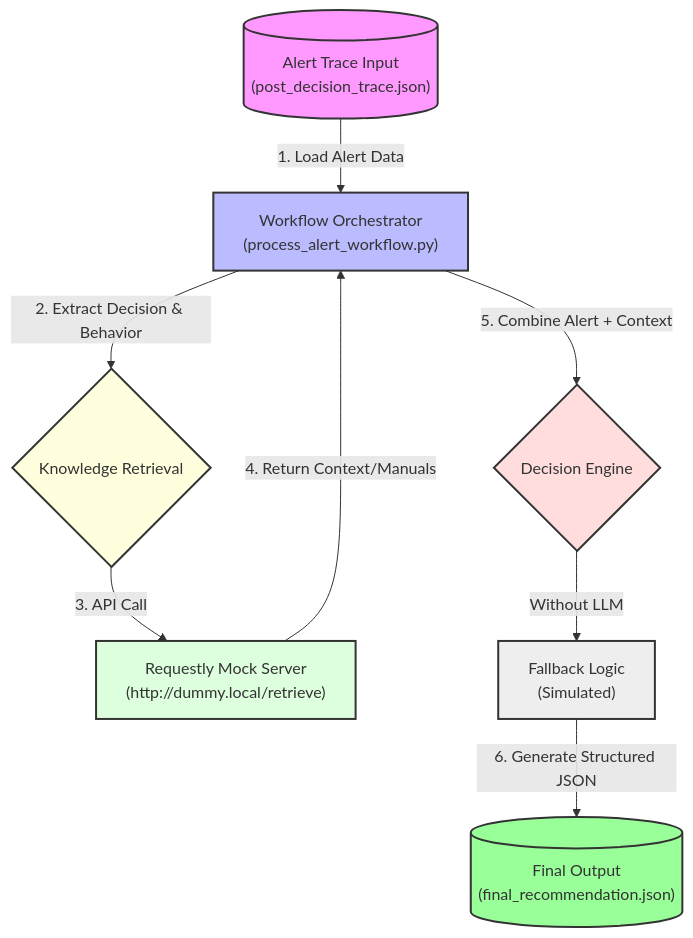
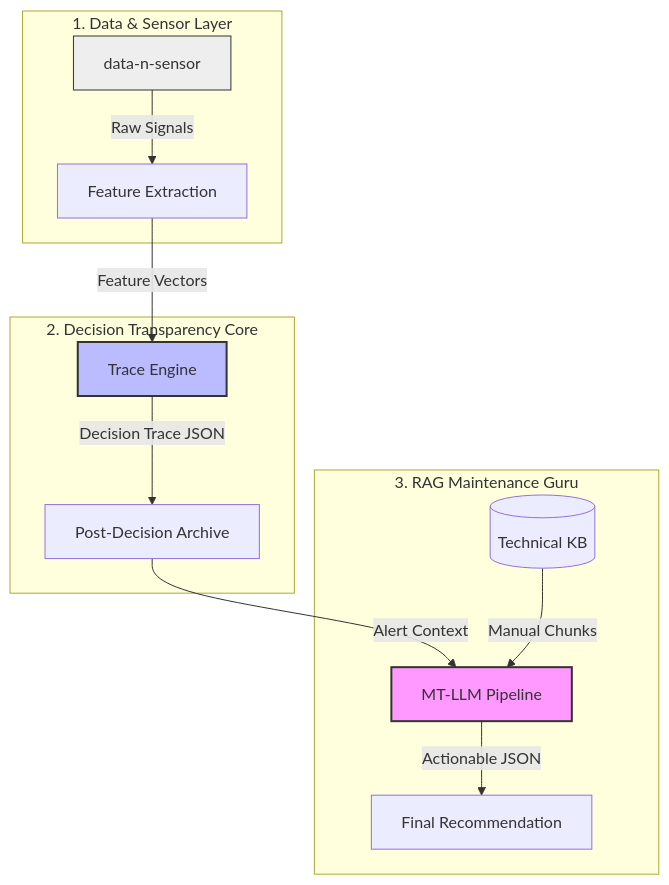
The diagram in README.md (Sneha-a10/Sensor-failure-tracer), drawn with Mermaid before and after one commit. The commit also changed other lines of this file and 3 other files, not shown here.

````diff
--- a/README.md
+++ b/README.md
@@ -190,34 +14,21 @@
 ```mermaid
 graph TD
-    %% Nodes
-    A[("Alert Trace Input<br>(post_decision_trace.json)")] 
-    style A fill:#f9f,stroke:#333,stroke-width:2px
-    
-    B["Workflow Orchestrator<br>(process_alert_workflow.py)"]
-    style B fill:#bbf,stroke:#333,stroke-width:2px
-    
-    C{"Knowledge Retrieval"}
-    style C fill:#ffd,stroke:#333,stroke-width:2px
-    
+    subgraph "1. Data & Sensor Layer"
+        DS[data-n-sensor] -->|Raw Signals| FE[Feature Extraction]
+    end
 
-    D["Requestly Mock Server<br>(http://dummy.local/retrieve)"]
-    style D fill:#dfd,stroke:#333,stroke-width:2px
+    subgraph "2. Decision Transparency Core"
+        FE -->|Feature Vectors| TE[Trace Engine]
+        TE -->|Decision Trace JSON| PT[Post-Decision Archive]
+    end
 
-    E{"Decision Engine"}
-    style E fill:#fdd,stroke:#333,stroke-width:2px
+    subgraph "3. RAG Maintenance Guru"
+        PT -->|Alert Context| RAG[MT-LLM Pipeline]
+        KB[(Technical KB)] -->|Manual Chunks| RAG
+        RAG -->|Actionable JSON| FR[Final Recommendation]
+    end
 
-    G["Fallback Logic<br>(Simulated)"]
-    style G fill:#eee,stroke:#333,stroke-width:2px
-
-    H[("Final Output<br>(final_recommendation.json)")]
-    style H fill:#9f9,stroke:#333,stroke-width:2px
-
-    %% Edges
-    A -->|1. Load Alert Data| B
-    B -->|2. Extract Decision & Behavior| C
-    C -->|3. API Call| D
-    D -->|4. Return Context/Manuals| B
-    B -->|5. Combine Alert + Context| E
-    E -->|Without LLM| G
-    G -->|6. Generate Structured JSON| H
+    style TE fill:#bbf,stroke:#333,stroke-width:2px
+    style RAG fill:#f9f,stroke:#333,stroke-width:2px
+    style DS fill:#eee,stroke:#333
 ```
````
